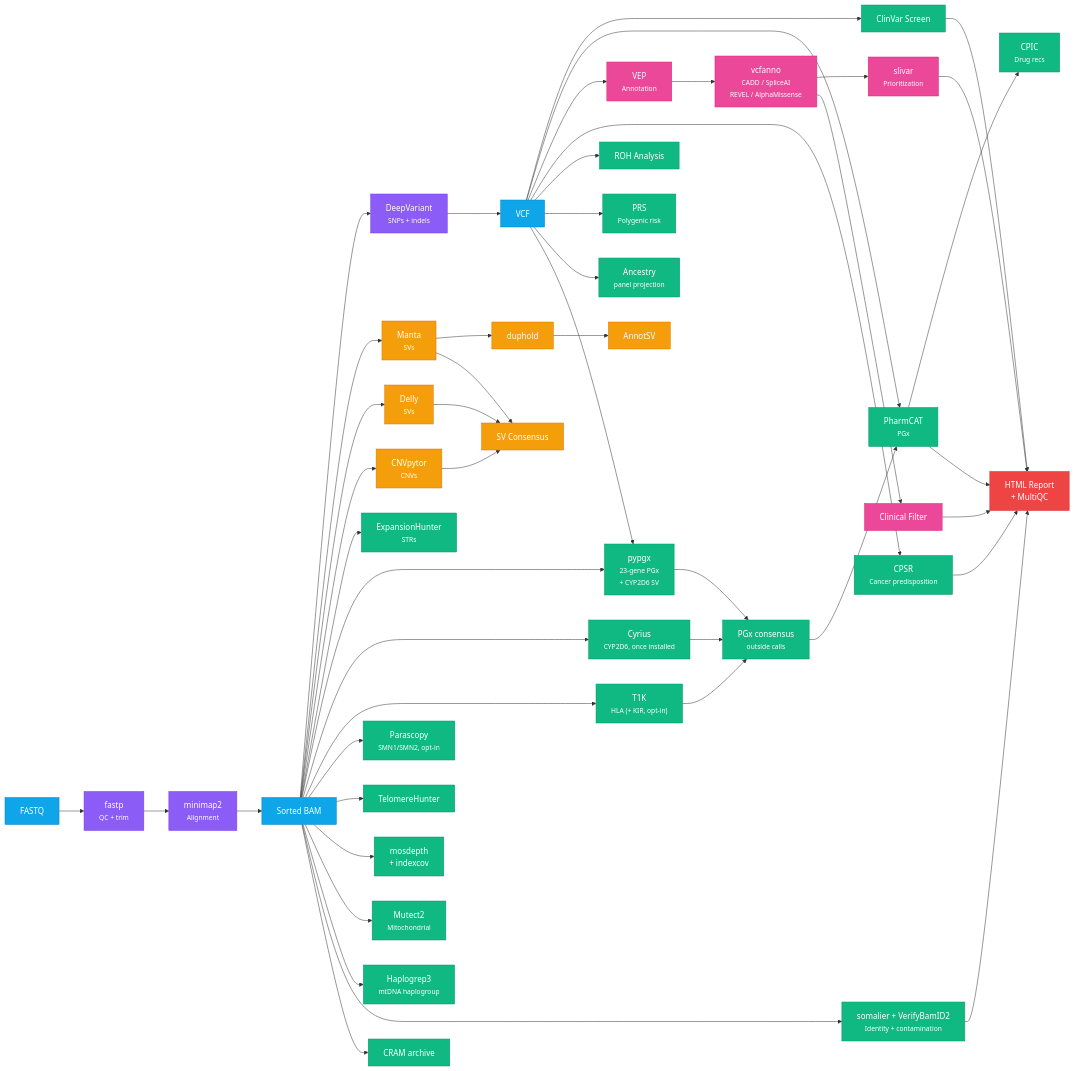
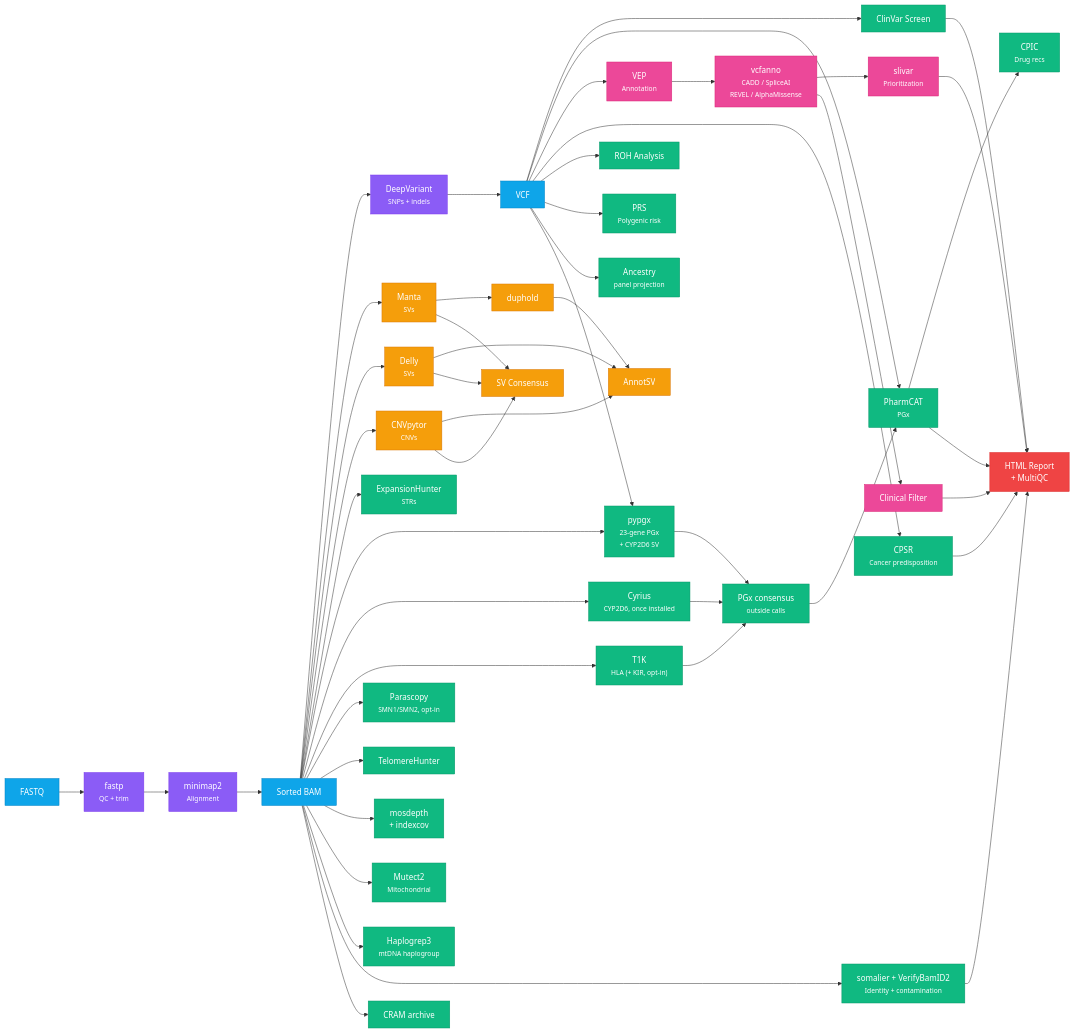
The diagram in docs/pipeline-overview.md (GeiserX/Personal-Genome-Pipeline), drawn with Mermaid before and after one commit. The commit also changed 13 other files, not shown here.

````diff
--- a/docs/pipeline-overview.md
+++ b/docs/pipeline-overview.md
@@ -25,72 +25,74 @@
 ```mermaid
 graph LR
     FASTQ["FASTQ"] --> fastp["fastp<br/><small>QC + trim</small>"]
     fastp --> align["minimap2<br/><small>Alignment</small>"]
     align --> BAM["Sorted BAM"]
     BAM --> DV["DeepVariant<br/><small>SNPs + indels</small>"]
     DV --> VCF["VCF"]
 
     %% VCF-based analyses
     VCF --> clinvar["ClinVar Screen"]
     VCF --> pharmcat["PharmCAT<br/><small>PGx</small>"]
     pharmcat --> cpic["CPIC<br/><small>Drug recs</small>"]
     VCF --> vep["VEP<br/><small>Annotation</small>"]
     vep --> vcfanno["vcfanno<br/><small>CADD / SpliceAI<br/>REVEL / AlphaMissense</small>"]
     vcfanno --> slivar["slivar<br/><small>Prioritization</small>"]
     vcfanno --> clinical["Clinical Filter"]
     VCF --> cpsr["CPSR<br/><small>Cancer predisposition</small>"]
     VCF --> roh["ROH Analysis"]
     VCF --> prs["PRS<br/><small>Polygenic risk</small>"]
     VCF --> ancestry["Ancestry<br/><small>panel projection</small>"]
 
     %% BAM-based analyses
     BAM --> manta["Manta<br/><small>SVs</small>"]
     BAM --> delly["Delly<br/><small>SVs</small>"]
     BAM --> cnvpytor["CNVpytor<br/><small>CNVs</small>"]
     manta --> duphold["duphold"]
     duphold --> annotsv["AnnotSV"]
+    delly --> annotsv
+    cnvpytor --> annotsv
     manta --> consensus["SV Consensus"]
     delly --> consensus
     cnvpytor --> consensus
 
     BAM --> eh["ExpansionHunter<br/><small>STRs</small>"]
     BAM --> pypgx["pypgx<br/><small>23-gene PGx<br/>+ CYP2D6 SV</small>"]
     %% pypgx reads the VCF too, so it waits for DeepVariant
     VCF --> pypgx
     BAM --> cyrius["Cyrius<br/><small>CYP2D6, once installed</small>"]
     BAM --> hla["T1K<br/><small>HLA (+ KIR, opt-in)</small>"]
     BAM --> paralogs["Parascopy<br/><small>SMN1/SMN2, opt-in</small>"]
     hla --> consensus36["PGx consensus<br/><small>outside calls</small>"]
     pypgx --> consensus36
     cyrius --> consensus36
     consensus36 --> pharmcat
     BAM --> telomere["TelomereHunter"]
     BAM --> coverage["mosdepth<br/>+ indexcov"]
     BAM --> mito["Mutect2<br/><small>Mitochondrial</small>"]
     BAM --> haplo["Haplogrep3<br/><small>mtDNA haplogroup</small>"]
     BAM --> sampleqc["somalier + VerifyBamID2<br/><small>Identity + contamination</small>"]
     BAM --> cram["CRAM archive"]
 
     %% Reporting
     clinical --> report["HTML Report<br/>+ MultiQC"]
     slivar --> report
     clinvar --> report
     pharmcat --> report
     cpsr --> report
     sampleqc --> report
 
     %% Styling
     classDef input fill:#0ea5e9,stroke:#0284c7,color:#fff
     classDef core fill:#8b5cf6,stroke:#7c3aed,color:#fff
     classDef analysis fill:#10b981,stroke:#059669,color:#fff
     classDef sv fill:#f59e0b,stroke:#d97706,color:#fff
     classDef annotation fill:#ec4899,stroke:#db2777,color:#fff
     classDef report fill:#ef4444,stroke:#dc2626,color:#fff
 
     class FASTQ,BAM,VCF input
     class fastp,align,DV core
     class clinvar,pharmcat,cpic,cpsr,eh,roh,prs,ancestry,pypgx,cyrius,hla,paralogs,consensus36,telomere,coverage,mito,haplo,sampleqc,cram analysis
     class manta,delly,cnvpytor,consensus,duphold,annotsv sv
     class vep,vcfanno,slivar,clinical annotation
     class report report
 ```
````
